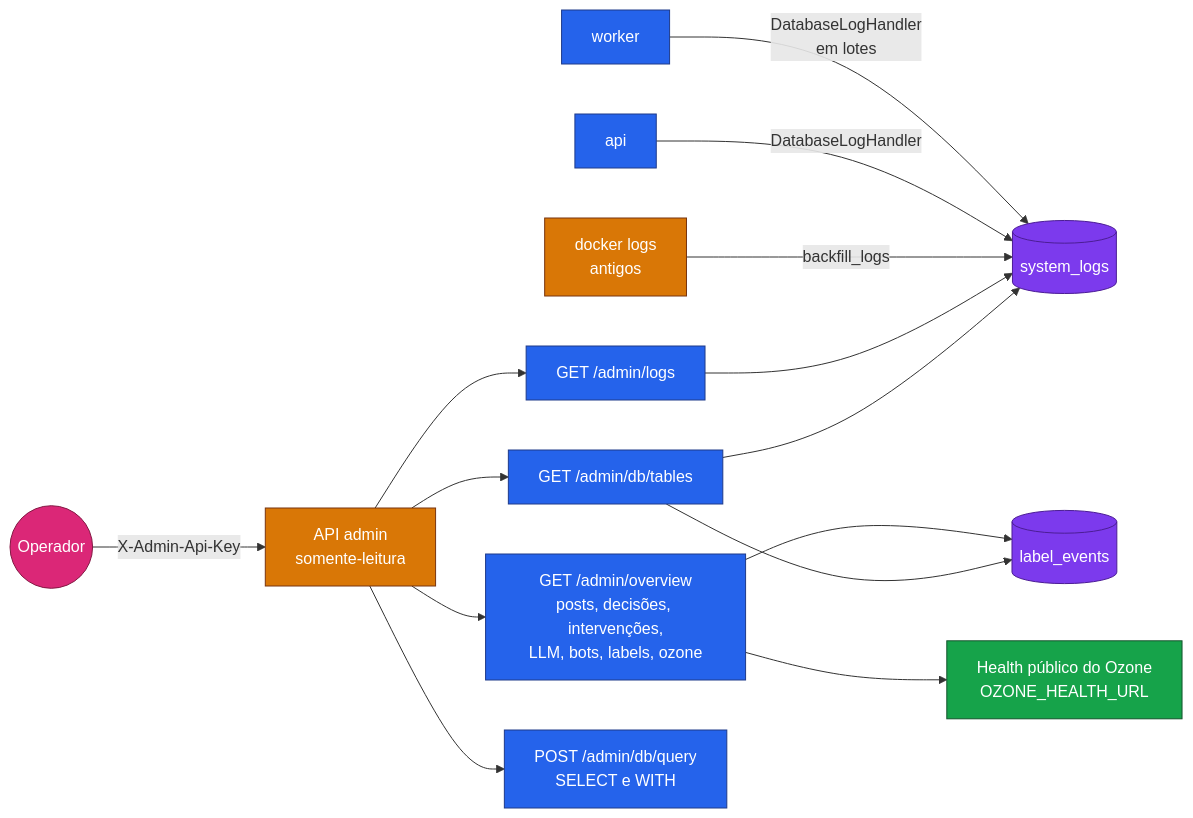
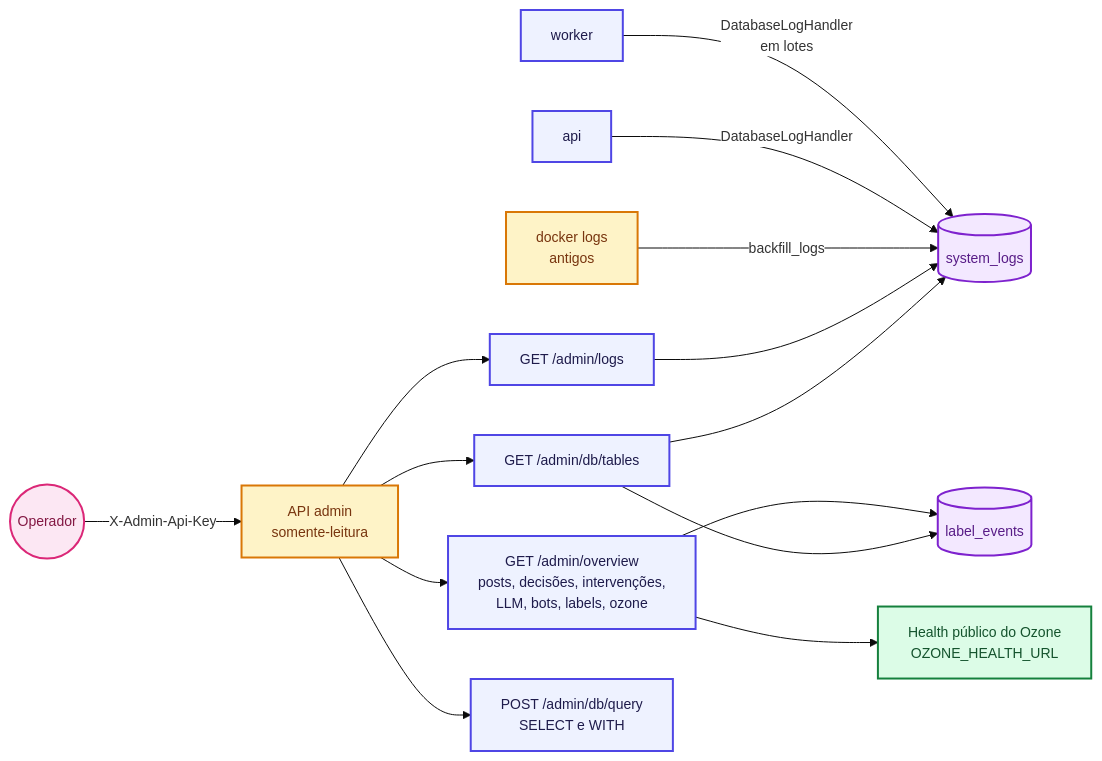
Before and after one commit to moonshinerd/ContrarIA: diagram 11 of 11 in docs/arquitetura/mapa-do-sistema.md, drawn with Mermaid. The commit also changed other lines of this file and 2 other files, not shown here.

Commit message:
docs(arquitetura): aprimora contraste de cores e escala dos diagramas

````diff
--- a/docs/arquitetura/mapa-do-sistema.md
+++ b/docs/arquitetura/mapa-do-sistema.md
@@ -568,22 +574,24 @@
 ```mermaid
+%%{init: {'theme': 'base', 'themeVariables': { 'fontSize': '14px', 'fontFamily': 'inherit', 'primaryColor': '#EEF2FF', 'edgeLabelBackground': '#FFFFFF', 'clusterBkg': '#F8FAFC', 'clusterBorder': '#CBD5E1' }}}%%
 flowchart LR
-    classDef core fill:#2563eb,stroke:#1e3a8a,color:#fff
-    classDef store fill:#7c3aed,stroke:#4c1d95,color:#fff
-    classDef guard fill:#d97706,stroke:#78350f,color:#fff
-    classDef human fill:#db2777,stroke:#831843,color:#fff
-    classDef out fill:#16a34a,stroke:#14532d,color:#fff
+    classDef ext fill:#F1F5F9,stroke:#64748B,stroke-width:2px,color:#0F172A
+    classDef core fill:#EEF2FF,stroke:#4F46E5,stroke-width:2px,color:#1E1B4B
+    classDef store fill:#F3E8FF,stroke:#7E22CE,stroke-width:2px,color:#581C87
+    classDef guard fill:#FEF3C7,stroke:#D97706,stroke-width:2px,color:#78350F
+    classDef human fill:#FCE7F3,stroke:#DB2777,stroke-width:2px,color:#831843
+    classDef out fill:#DCFCE7,stroke:#15803D,stroke-width:2px,color:#14532D
 
     WK["worker"]:::core -->|"DatabaseLogHandler<br/>em lotes"| SL[("system_logs")]:::store
     AP["api"]:::core -->|"DatabaseLogHandler"| SL
     DK["docker logs<br/>antigos"]:::guard -->|"backfill_logs"| SL
 
     OPS(("Operador")):::human -->|"X-Admin-Api-Key"| ADM["API admin<br/>somente-leitura"]:::guard
     ADM --> OV["GET /admin/overview<br/>posts, decisões, intervenções,<br/>LLM, bots, labels, ozone"]:::core
     ADM --> LG["GET /admin/logs"]:::core
     ADM --> TB["GET /admin/db/tables"]:::core
     ADM --> Q["POST /admin/db/query<br/>SELECT e WITH"]:::core
     OV --> LE[("label_events")]:::store
     OV --> OZH["Health público do Ozone<br/>OZONE_HEALTH_URL"]:::out
     LG --> SL
     TB --> SL & LE
 ```
````
